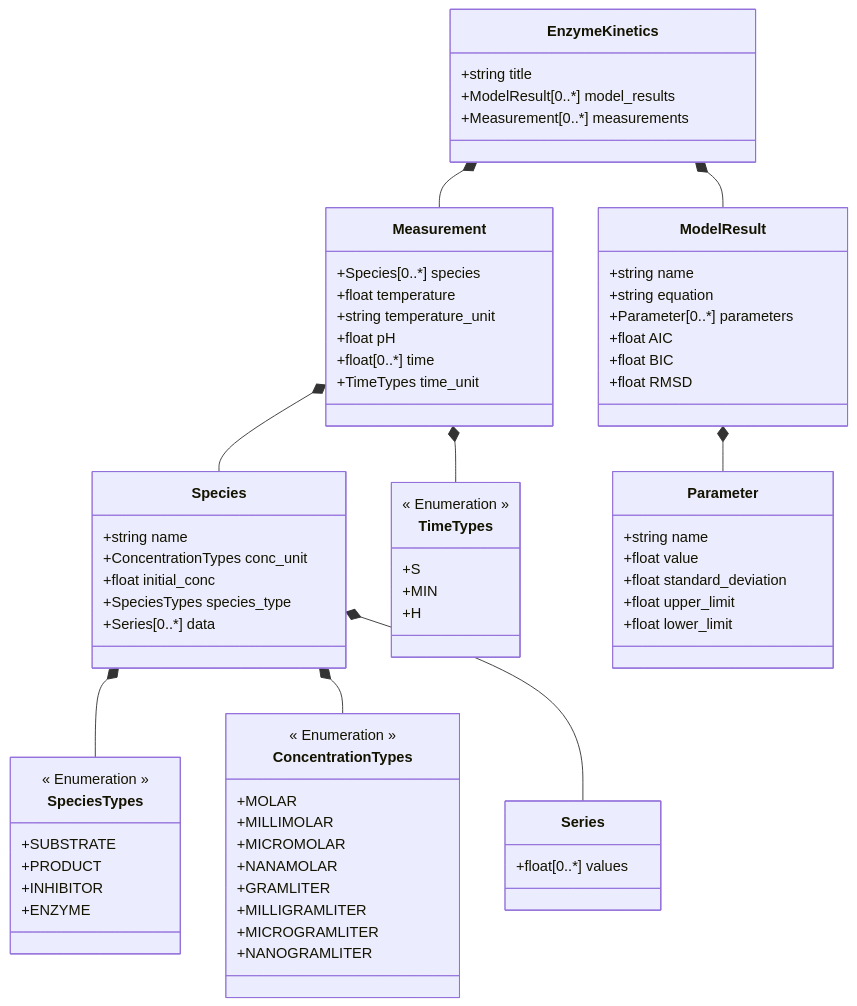
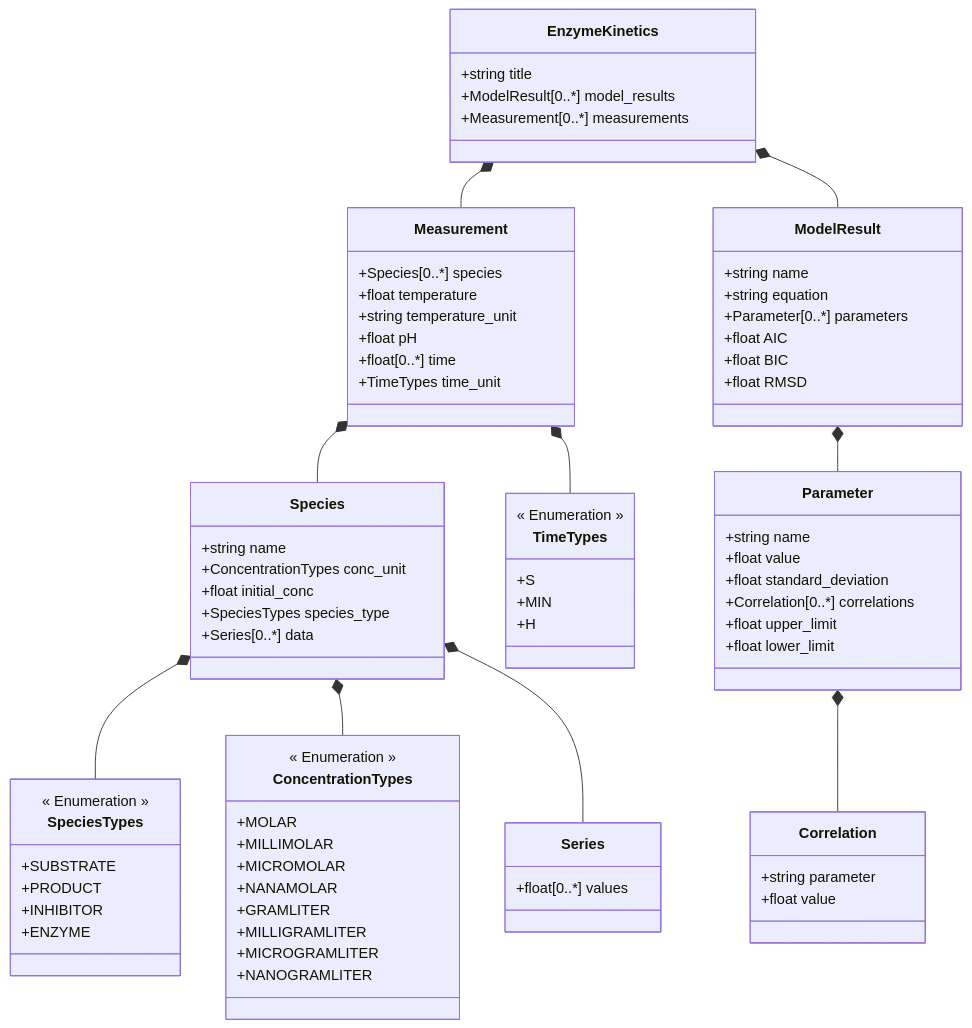
One commit to FAIRChemistry/EnzymePynetics changed the diagram in EnzymePynetics/schemes/enzymepynetics_schema.md. Above: the diagram before and after it, drawn with Mermaid. The commit also changed 8 other files, not shown here.

```diff
--- a/EnzymePynetics/schemes/enzymepynetics_schema.md
+++ b/EnzymePynetics/schemes/enzymepynetics_schema.md
@@ -8,6 +8,7 @@
     Measurement *-- TimeTypes
     Measurement *-- Species
     ModelResult *-- Parameter
+    Parameter *-- Correlation
     
     class EnzymeKinetics {
         +string title
@@ -45,8 +46,14 @@
         +string name
         +float value
         +float standard_deviation
+        +Correlation[0..*] correlations
         +float upper_limit
         +float lower_limit
+    }
+    
+    class Correlation {
+        +string parameter
+        +float value
     }
     
     class Series {
```
